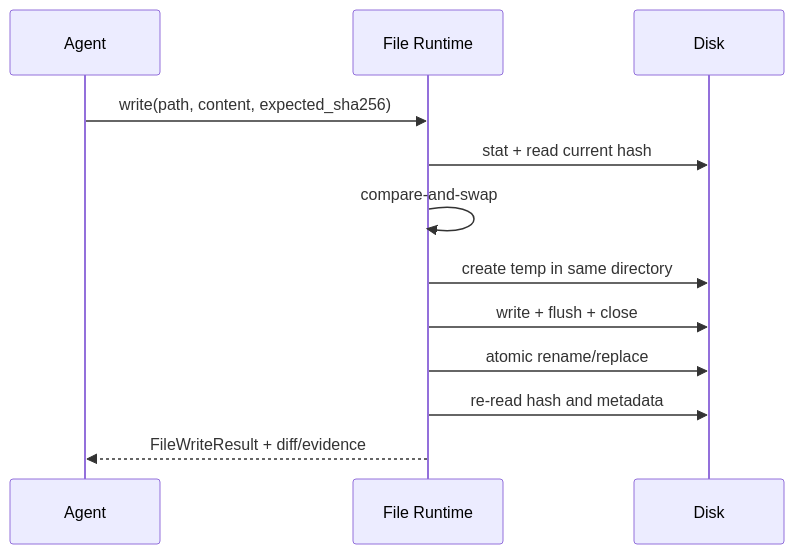
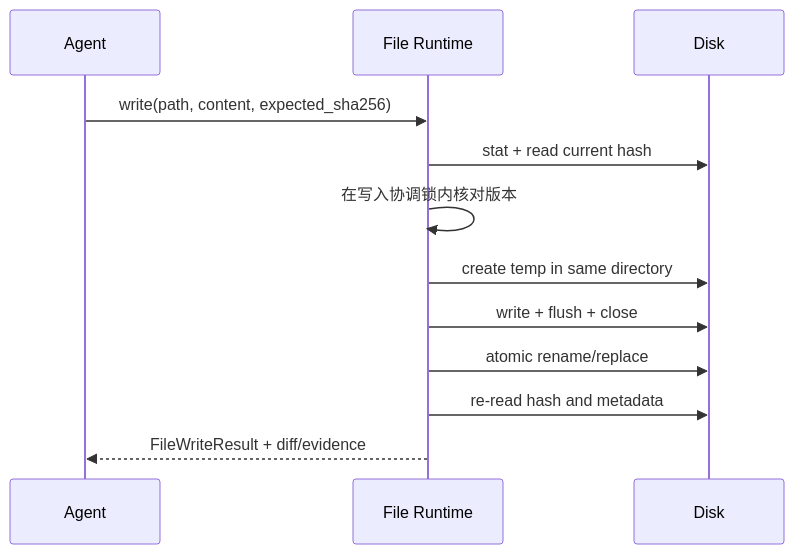
One commit to jame100101/Personal-knowledge-base changed the diagram in content/Agent开发/04-Tools与Runtime/06-File IO读取写入补丁与原子更新.md. Above: the diagram before and after it, drawn with Mermaid. The commit also changed other lines of this file and 132 other files, not shown here.

````diff
--- a/content/Agent开发/04-Tools与Runtime/06-File IO读取写入补丁与原子更新.md
+++ b/content/Agent开发/04-Tools与Runtime/06-File IO读取写入补丁与原子更新.md
@@ -171,14 +171,14 @@
 ```mermaid
 sequenceDiagram
   participant A as Agent
   participant F as File Runtime
   participant D as Disk
   A->>F: write(path, content, expected_sha256)
   F->>D: stat + read current hash
-  F->>F: compare-and-swap
+  F->>F: 在写入协调锁内核对版本
   F->>D: create temp in same directory
   F->>D: write + flush + close
   F->>D: atomic rename/replace
   F->>D: re-read hash and metadata
   F-->>A: FileWriteResult + diff/evidence
 ```
````
